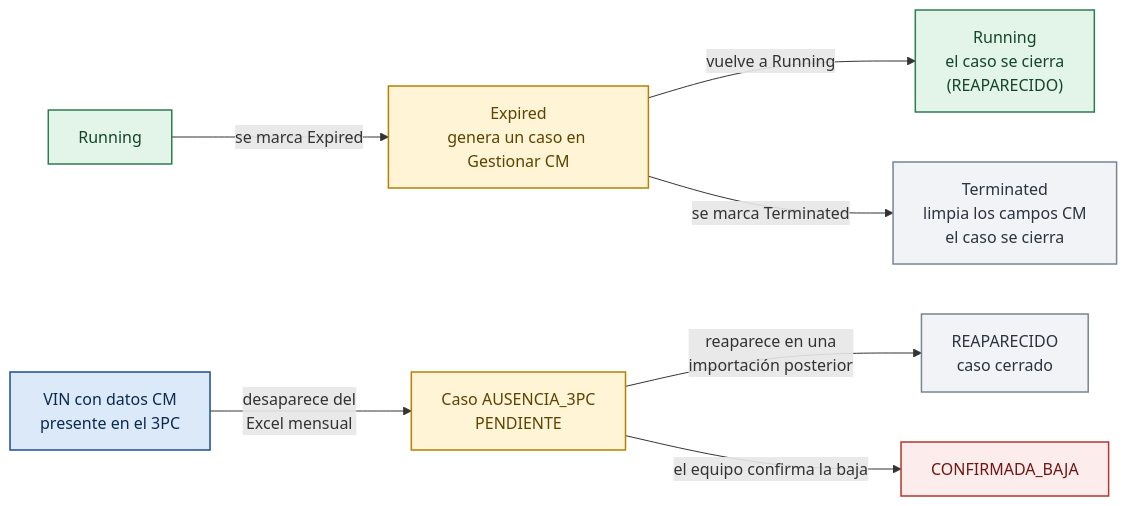
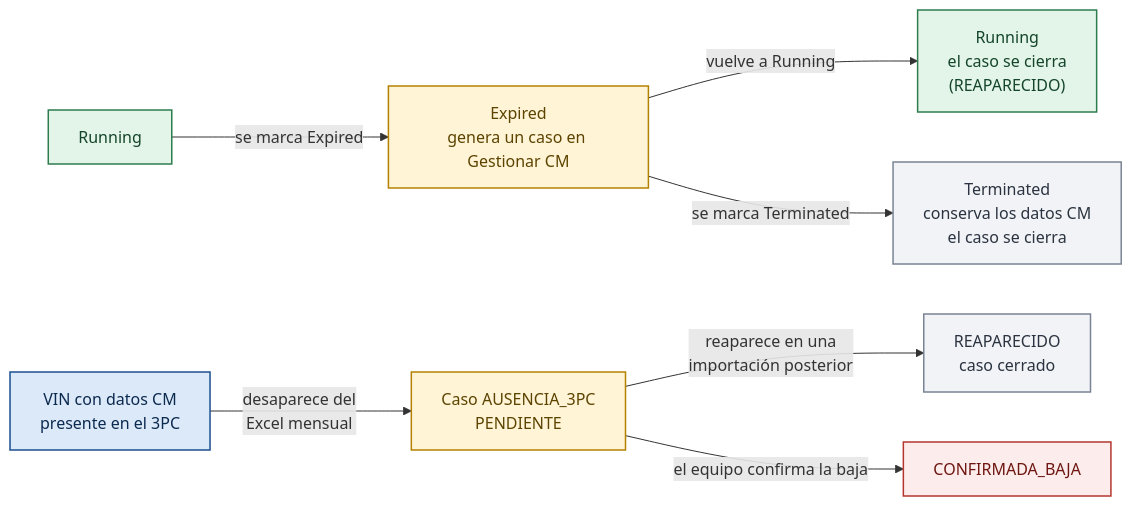
Diagram 14 of 31 in Fase 2/Evidencias Proyecto/Evidencias de documentación/docs/08. Arquitectura Visual y Diagramas.md (felipeMon20/PTY4614-302-EQUIPO-2), drawn with Mermaid before and after one commit. The commit also changed other lines of this file and 229 other files, not shown here.

````diff
--- a/Fase 2/Evidencias Proyecto/Evidencias de documentación/docs/08. Arquitectura Visual y Diagramas.md
+++ b/Fase 2/Evidencias Proyecto/Evidencias de documentación/docs/08. Arquitectura Visual y Diagramas.md
@@ -490,17 +490,17 @@
 ```mermaid
 flowchart LR
     R["Running"]:::accion -->|"se marca Expired"| EXP["Expired<br/>genera un caso en Gestionar CM"]:::aviso
     EXP -->|"vuelve a Running"| R2["Running<br/>el caso se cierra<br/>(REAPARECIDO)"]:::accion
-    EXP -->|"se marca Terminated"| T["Terminated<br/>limpia los campos CM<br/>el caso se cierra"]:::archivo
+    EXP -->|"se marca Terminated"| T["Terminated<br/>conserva los datos CM<br/>el caso se cierra"]:::archivo
     P3["VIN con datos CM<br/>presente en el 3PC"]:::pantalla -->|"desaparece del<br/>Excel mensual"| AUS["Caso AUSENCIA_3PC<br/>PENDIENTE"]:::aviso
     AUS -->|"reaparece en una<br/>importación posterior"| REAP["REAPARECIDO<br/>caso cerrado"]:::archivo
     AUS -->|"el equipo confirma la baja"| CB["CONFIRMADA_BAJA"]:::alerta
     classDef pantalla fill:#DCE9F8,stroke:#1B4F8F,color:#0B2A4F,stroke-width:1.5px
     classDef grupo fill:#1B4F8F,stroke:#0B2A4F,color:#FFFFFF,stroke-width:1.5px
     classDef accion fill:#E3F4E8,stroke:#2E7D4F,color:#14452A,stroke-width:1.5px
     classDef archivo fill:#F1F3F6,stroke:#7A8494,color:#2B3340,stroke-width:1.5px
     classDef externo fill:#EDE7F6,stroke:#6B4FA8,color:#3A2670,stroke-width:1.5px
     classDef alerta fill:#FDECEC,stroke:#B3372F,color:#6E1712,stroke-width:1.5px
     classDef aviso fill:#FFF4D6,stroke:#B58100,color:#5C4300,stroke-width:1.5px
     classDef neutro fill:#FFFFFF,stroke:#8A94A6,color:#2B3340,stroke-width:1.5px
 ```
````
